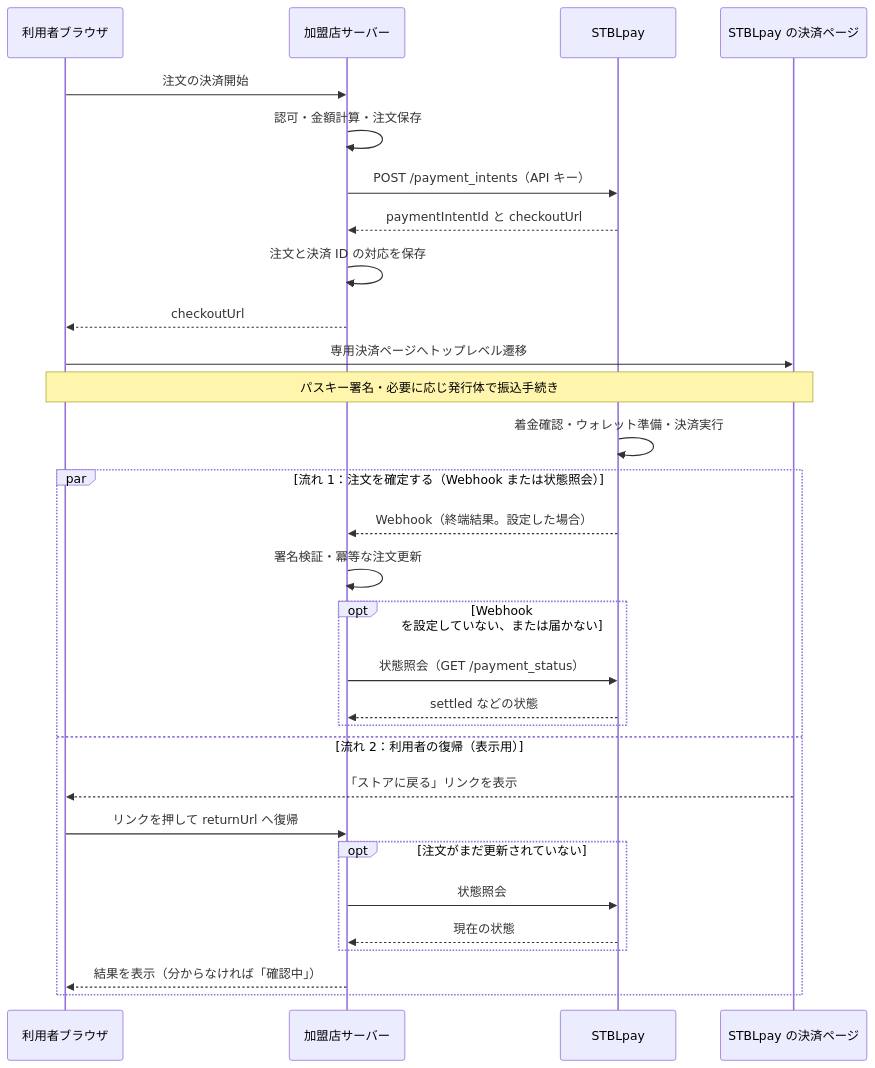
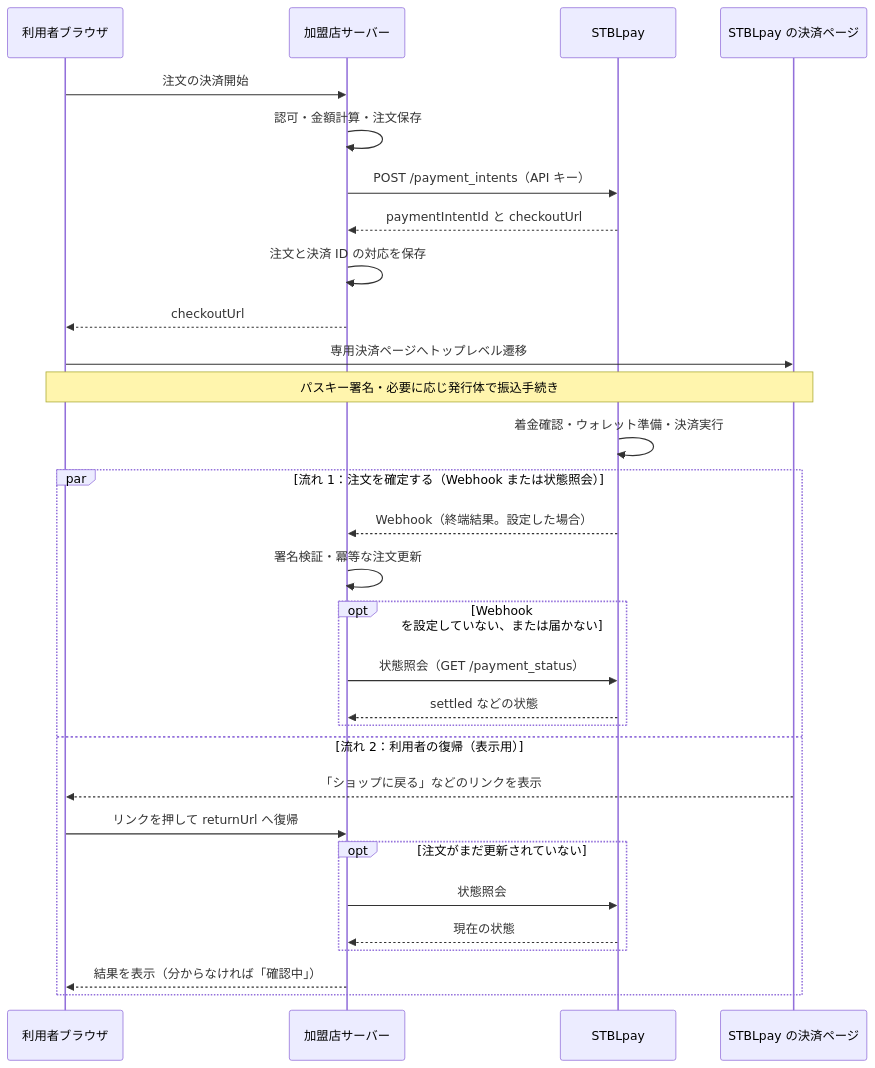
One commit to ango-ya/stbl-pay-site changed the diagram in docs-site/docs/getting-started/payment-flow.md. Above: the diagram before and after it, drawn with Mermaid. The commit also changed other lines of this file and 16 other files, not shown here.

````diff
--- a/docs-site/docs/getting-started/payment-flow.md
+++ b/docs-site/docs/getting-started/payment-flow.md
@@ -11,32 +11,32 @@
 ```mermaid
 sequenceDiagram
     participant User as 利用者ブラウザ
     participant Shop as 加盟店サーバー
     participant Pay as STBLpay
     participant Page as STBLpay の決済ページ
     User->>Shop: 注文の決済開始
     Shop->>Shop: 認可・金額計算・注文保存
     Shop->>Pay: POST /payment_intents（API キー）
     Pay-->>Shop: paymentIntentId と checkoutUrl
     Shop->>Shop: 注文と決済 ID の対応を保存
     Shop-->>User: checkoutUrl
     User->>Page: 専用決済ページへトップレベル遷移
     Note over User,Page: パスキー署名・必要に応じ発行体で振込手続き
     Pay->>Pay: 着金確認・ウォレット準備・決済実行
     par 流れ 1：注文を確定する（Webhook または状態照会）
         Pay-->>Shop: Webhook（終端結果。設定した場合）
         Shop->>Shop: 署名検証・冪等な注文更新
         opt Webhook を設定していない、または届かない
             Shop->>Pay: 状態照会（GET /payment_status）
             Pay-->>Shop: settled などの状態
         end
     and 流れ 2：利用者の復帰（表示用）
-        Page-->>User: 「ストアに戻る」リンクを表示
+        Page-->>User: 「ショップに戻る」などのリンクを表示
         User->>Shop: リンクを押して returnUrl へ復帰
         opt 注文がまだ更新されていない
             Shop->>Pay: 状態照会
             Pay-->>Shop: 現在の状態
         end
         Shop-->>User: 結果を表示（分からなければ「確認中」）
     end
 ```
````
